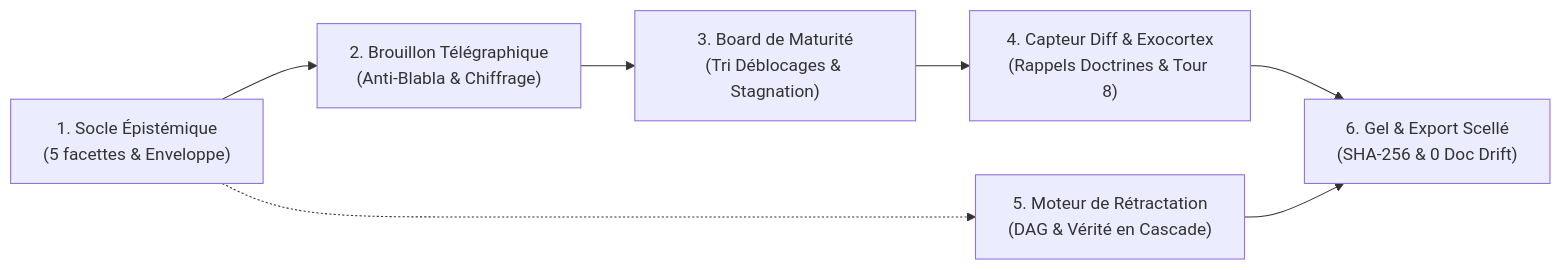
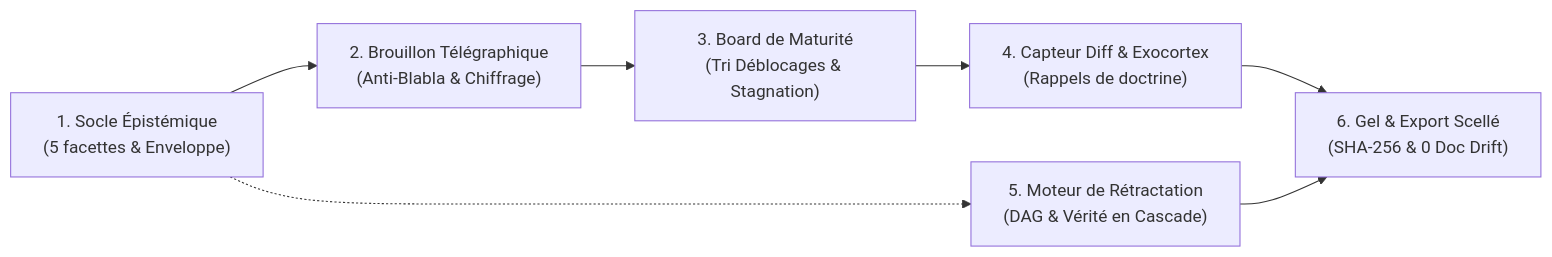
Before and after one commit to MauriceIsrael/archinex: the diagram in README.md, drawn with Mermaid. The commit also changed other lines of this file and 31 other files, not shown here.

````diff
--- a/README.md
+++ b/README.md
@@ -11,9 +11,9 @@
 ```mermaid
 flowchart LR
     L1["1. Socle Épistémique\n(5 facettes & Enveloppe)"] --> L2["2. Brouillon Télégraphique\n(Anti-Blabla & Chiffrage)"]
     L2 --> L3["3. Board de Maturité\n(Tri Déblocages & Stagnation)"]
-    L3 --> L4["4. Capteur Diff & Exocortex\n(Rappels Doctrines & Tour 8)"]
+    L3 --> L4["4. Capteur Diff & Exocortex\n(Rappels de doctrine)"]
     L1 -.-> L5["5. Moteur de Rétractation\n(DAG & Vérité en Cascade)"]
     L4 --> L6["6. Gel & Export Scellé\n(SHA-256 & 0 Doc Drift)"]
     L5 --> L6
 ```
````
